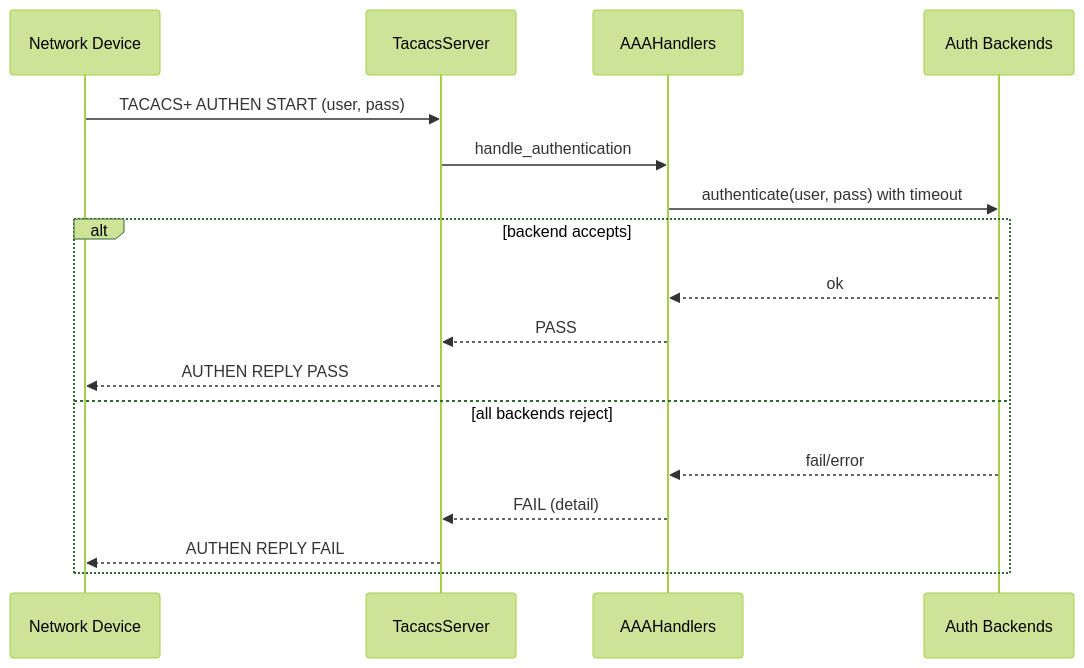
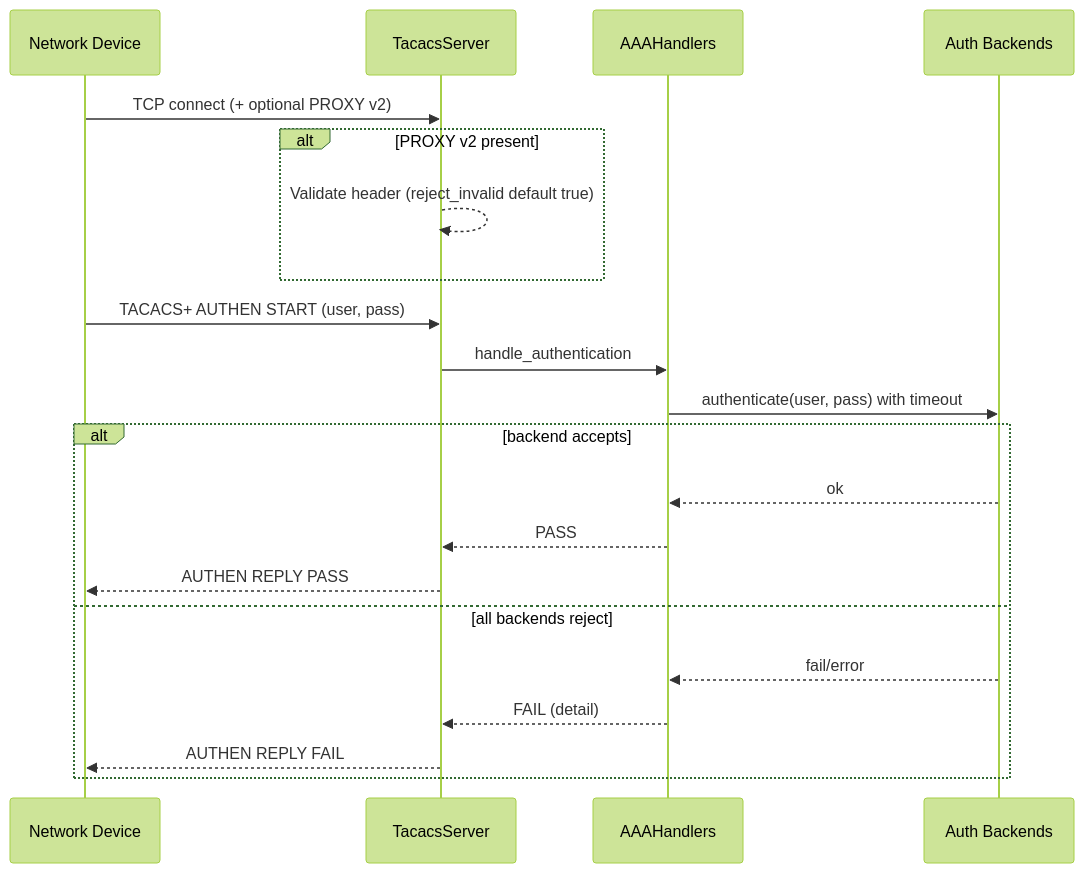
The second of 3 diagrams in docs/ARCHITECTURE.md (SaschaSchwarzK/tacacs_server), drawn with Mermaid (forest theme) before and after one commit. The commit also changed other lines of this file and 149 other files, not shown here.

````diff
--- a/docs/ARCHITECTURE.md
+++ b/docs/ARCHITECTURE.md
@@ -28,20 +34,24 @@
 ```mermaid
 sequenceDiagram
   participant Dev as Network Device
   participant TS as TacacsServer
   participant AH as AAAHandlers
   participant BE as Auth Backends
 
+  Dev->>TS: TCP connect (+ optional PROXY v2)
+  alt PROXY v2 present
+    TS-->>TS: Validate header (reject_invalid default true)
+  end
   Dev->>TS: TACACS+ AUTHEN START (user, pass)
   TS->>AH: handle_authentication
   AH->>BE: authenticate(user, pass) with timeout
   alt backend accepts
     BE-->>AH: ok
     AH-->>TS: PASS
     TS-->>Dev: AUTHEN REPLY PASS
   else all backends reject
     BE-->>AH: fail/error
     AH-->>TS: FAIL (detail)
     TS-->>Dev: AUTHEN REPLY FAIL
   end
 ```
````
